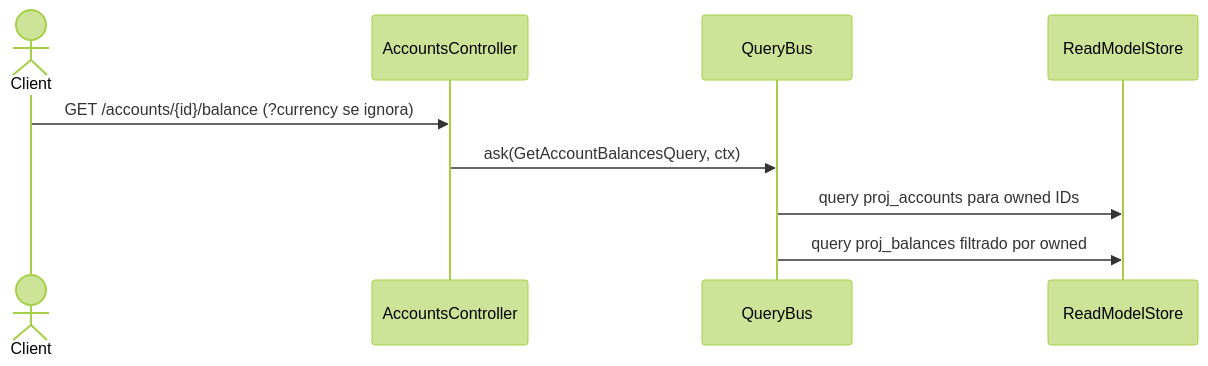
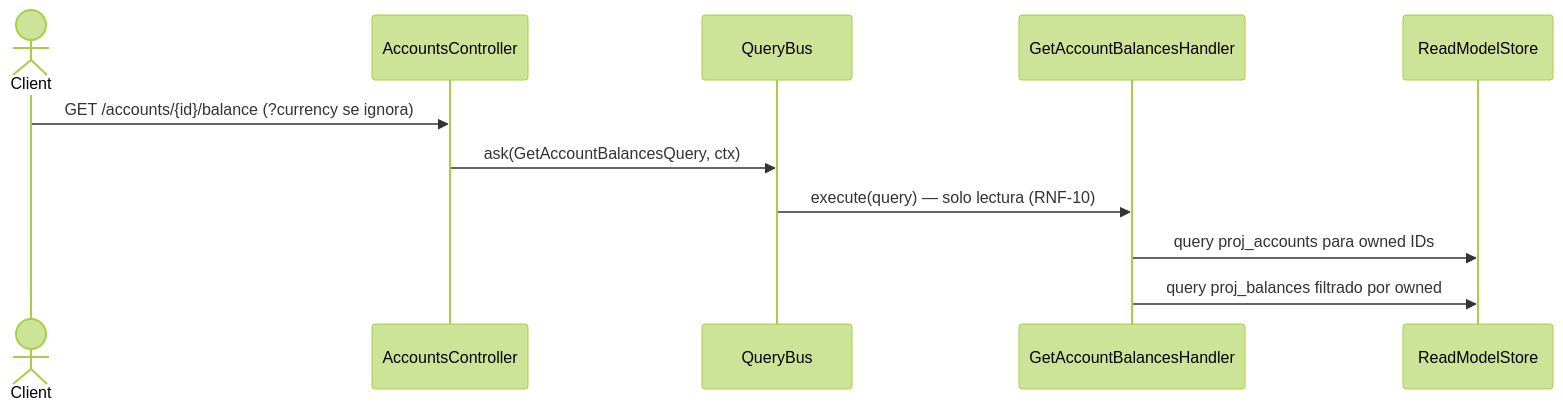
Before and after one commit to cristsr/admin-backend: the diagram in apps/ledger/docs/accounts/flows/get-account-balances.md, drawn with Mermaid (forest theme). The commit also changed 7 other files, not shown here.

First line of the commit message:
docs(ledger): name the query handlers the sequence diagrams skipped

````diff
--- a/apps/ledger/docs/accounts/flows/get-account-balances.md
+++ b/apps/ledger/docs/accounts/flows/get-account-balances.md
@@ -25,12 +25,14 @@
 ```mermaid
 sequenceDiagram
   actor Client
   participant C as AccountsController
   participant QB as QueryBus
+  participant H as GetAccountBalancesHandler
   participant RM as ReadModelStore
 
   Client->>C: GET /accounts/{id}/balance (?currency se ignora)
   C->>QB: ask(GetAccountBalancesQuery, ctx)
-  QB->>RM: query proj_accounts para owned IDs
-  QB->>RM: query proj_balances filtrado por owned
+  QB->>H: execute(query) — solo lectura (RNF-10)
+  H->>RM: query proj_accounts para owned IDs
+  H->>RM: query proj_balances filtrado por owned
 ```
````
